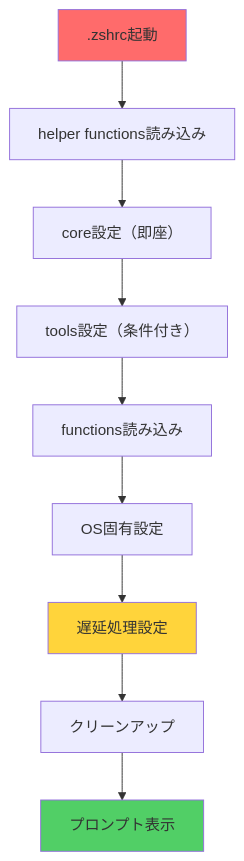
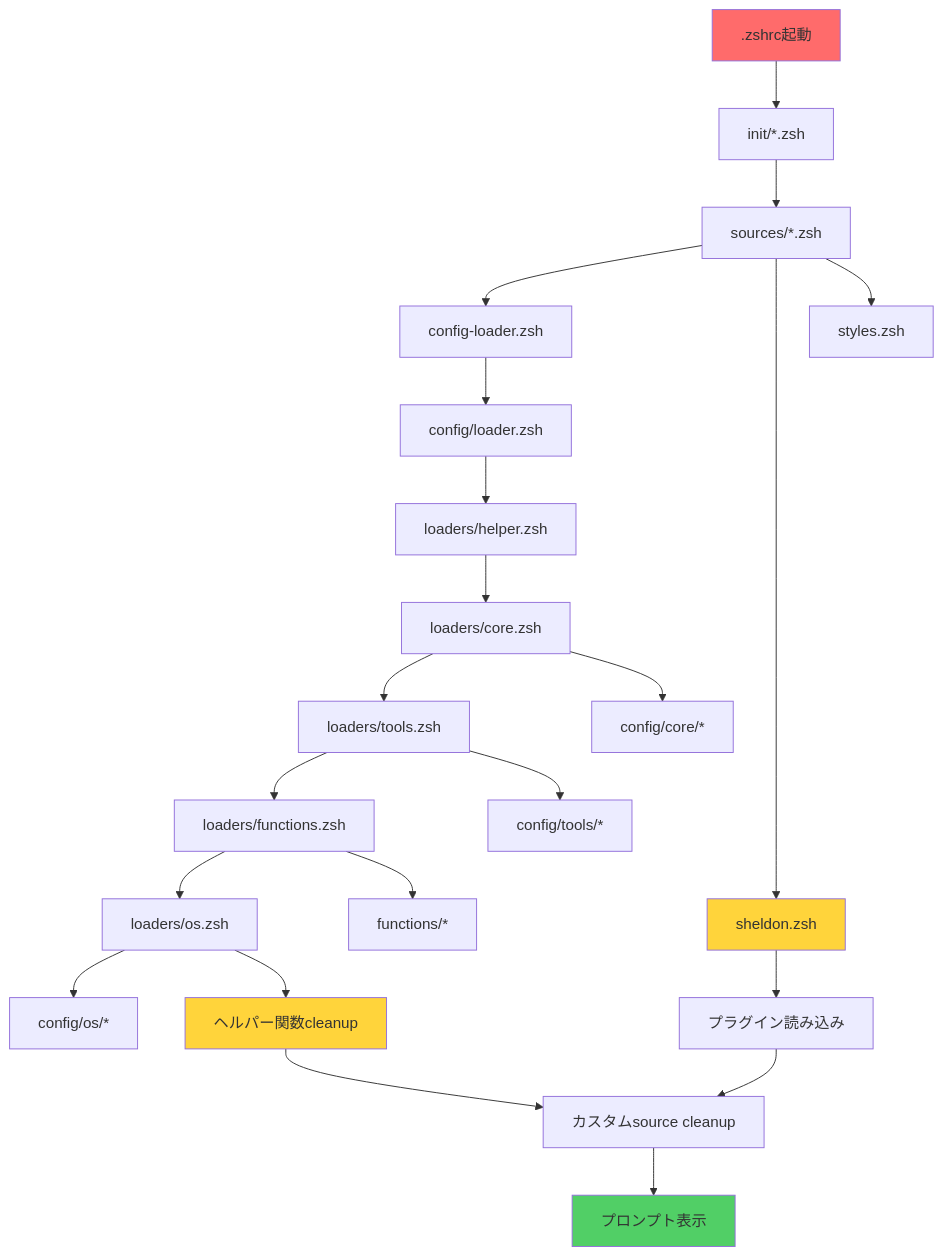
One commit to jey3dayo/dotfiles changed the diagram in docs/tools/zsh.md. Above: the diagram before and after it, drawn with Mermaid. The commit also changed other lines of this file and 2 other files, not shown here.

````diff
--- a/docs/tools/zsh.md
+++ b/docs/tools/zsh.md
@@ -206,15 +253,31 @@
 ```mermaid
 graph TD
-    A[.zshrc起動] --> B[helper functions読み込み]
-    B --> C[core設定（即座）]
-    C --> D[tools設定（条件付き）]
-    D --> E[functions読み込み]
-    E --> F[OS固有設定]
-    F --> G[遅延処理設定]
-    G --> H[クリーンアップ]
-    H --> I[プロンプト表示]
+    A[.zshrc起動] --> B[init/*.zsh]
+    B --> C[sources/*.zsh]
+    C --> D[config-loader.zsh]
+    C --> E[sheldon.zsh]
+    C --> F[styles.zsh]
+
+    D --> G[config/loader.zsh]
+    G --> H[loaders/helper.zsh]
+    H --> I[loaders/core.zsh]
+    I --> J[loaders/tools.zsh]
+    J --> K[loaders/functions.zsh]
+    K --> L[loaders/os.zsh]
+
+    I --> M[config/core/*]
+    J --> N[config/tools/*]
+    K --> O[functions/*]
+    L --> P[config/os/*]
+
+    L --> Q[ヘルパー関数cleanup]
+    E --> R[プラグイン読み込み]
+    Q --> S[カスタムsource cleanup]
+    R --> S
+    S --> T[プロンプト表示]
 
     style A fill:#ff6b6b
-    style I fill:#51cf66
-    style G fill:#ffd43b
+    style T fill:#51cf66
+    style E fill:#ffd43b
+    style Q fill:#ffd43b
 ```
````
